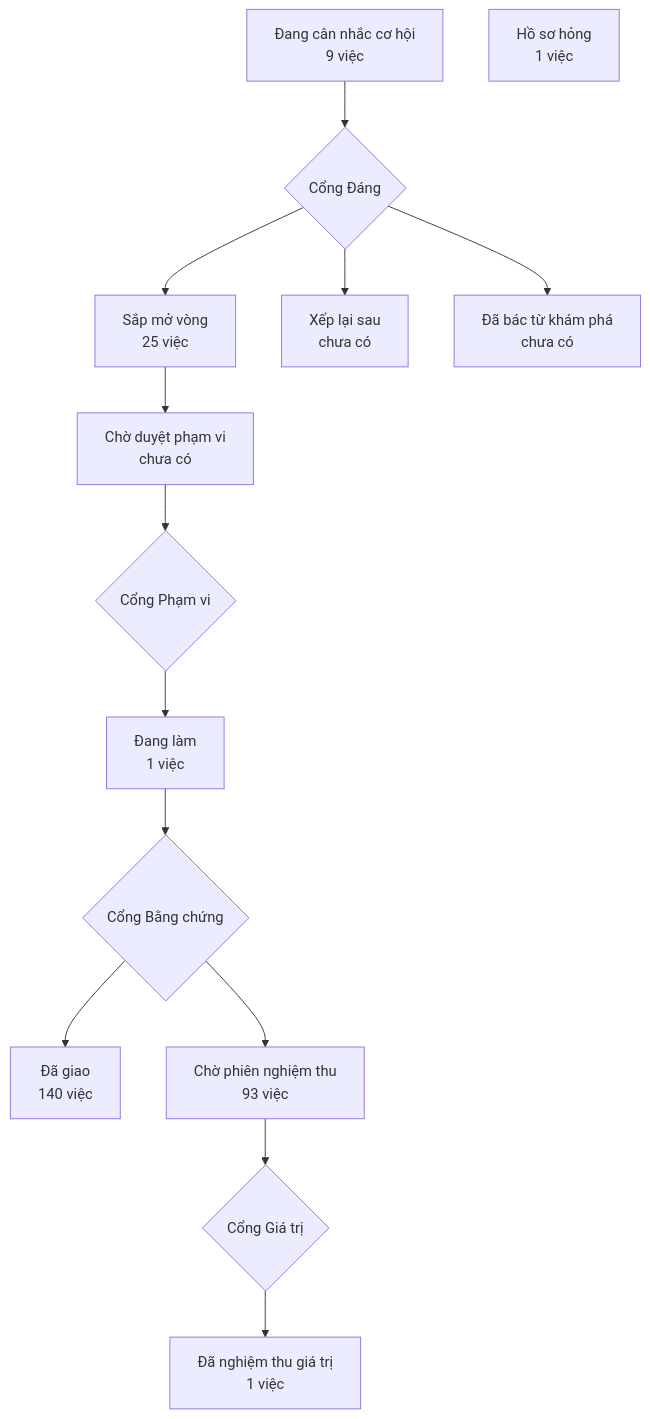
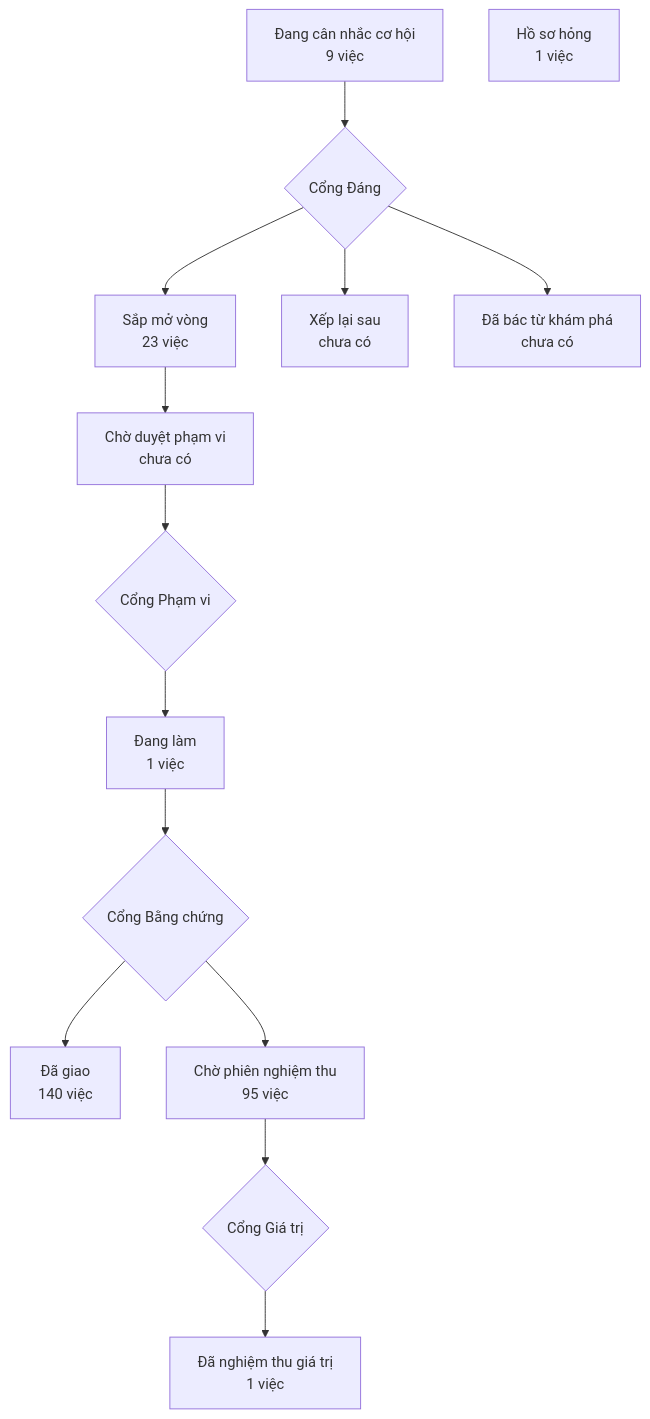
The diagram in PRODUCT-MAP.md (phanlemanh/crm-onehub), drawn with Mermaid before and after one commit. The commit also changed other lines of this file and 1 other file, not shown here.

Commit message:
chore: vẽ lại bản đồ sản phẩm từ bản sạch sau gộp onehub #383

````diff
--- a/PRODUCT-MAP.md
+++ b/PRODUCT-MAP.md
@@ -7,13 +7,13 @@
 ```mermaid
 flowchart TD
   A["Đang cân nhắc cơ hội<br/>9 việc"] --> GD{"Cổng Đáng"}
-  GD --> B["Sắp mở vòng<br/>25 việc"]
+  GD --> B["Sắp mở vòng<br/>23 việc"]
   GD --> XL["Xếp lại sau<br/>chưa có"]
   GD --> DB["Đã bác từ khám phá<br/>chưa có"]
   B --> CD["Chờ duyệt phạm vi<br/>chưa có"] --> GP{"Cổng Phạm vi"}
   GP --> DL["Đang làm<br/>1 việc"] --> GB{"Cổng Bằng chứng"}
   GB --> DG["Đã giao<br/>140 việc"]
-  GB --> CN["Chờ phiên nghiệm thu<br/>93 việc"] --> GG{"Cổng Giá trị"}
+  GB --> CN["Chờ phiên nghiệm thu<br/>95 việc"] --> GG{"Cổng Giá trị"}
   GG --> NT["Đã nghiệm thu giá trị<br/>1 việc"]
   HS["Hồ sơ hỏng<br/>1 việc"]
 ```
````
